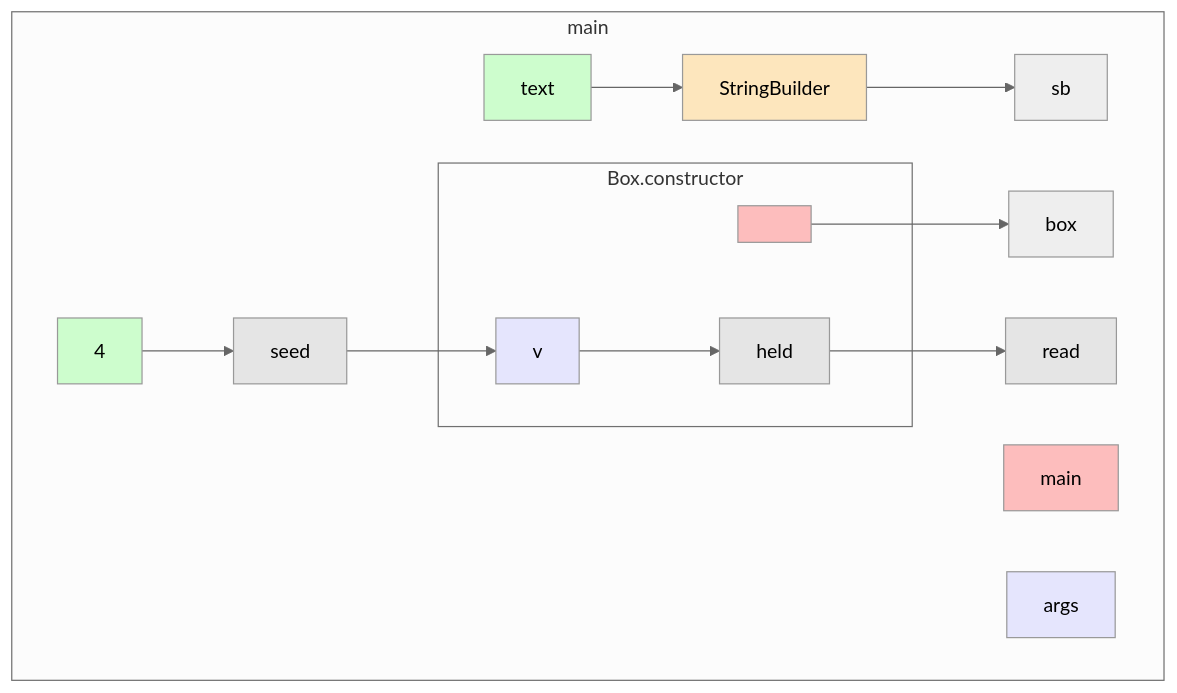
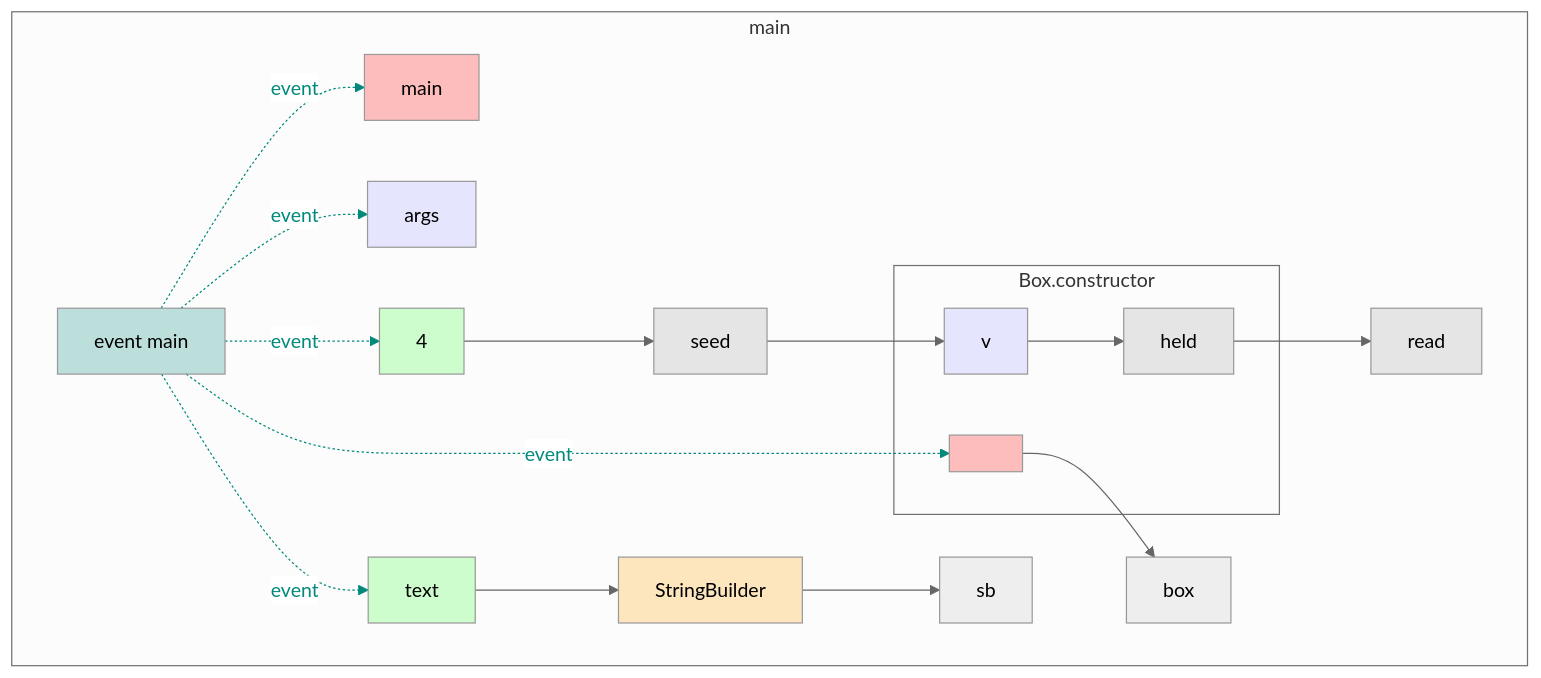
Before and after one commit to gstiebler/codeflow: the diagram in app/src/test/resources/newObject/snapshot.md, drawn with Mermaid (neutral theme). The commit also changed 77 other files, not shown here.

````diff
--- a/app/src/test/resources/newObject/snapshot.md
+++ b/app/src/test/resources/newObject/snapshot.md
@@ -1,33 +1,45 @@
 ```mermaid
 flowchart TD
   subgraph b0["main"]
-    n1[main]:::RETURN
-    n2[args]:::FUNC_PARAM
-    n3[4]:::LITERAL
-    n4[seed]:::VARIABLE
-    n9[box]:::OBJ_VARIABLE
-    n10["text"]:::LITERAL
-    n11[StringBuilder]:::EXTERNAL
-    n12[sb]:::OBJ_VARIABLE
-    n13[read]:::VARIABLE
-    n3[4]:::LITERAL --> n4[seed]:::VARIABLE
-    n4[seed]:::VARIABLE --> n7[v]:::FUNC_PARAM
-    n10["text"]:::LITERAL --> n11[StringBuilder]:::EXTERNAL
-    n11[StringBuilder]:::EXTERNAL --> n12[sb]:::OBJ_VARIABLE
-    n6[<init>]:::RETURN --> n9[box]:::OBJ_VARIABLE
-    n8[held]:::VARIABLE --> n13[read]:::VARIABLE
-    subgraph b5["Box.constructor"]
-      n6[<init>]:::RETURN
-      n7[v]:::FUNC_PARAM
-      n8[held]:::VARIABLE
-      n7[v]:::FUNC_PARAM --> n8[held]:::VARIABLE
+    n1[event main]:::EVENT
+    n2[main]:::RETURN
+    n3[args]:::FUNC_PARAM
+    n4[4]:::LITERAL
+    n5[seed]:::VARIABLE
+    n10[box]:::OBJ_VARIABLE
+    n11["text"]:::LITERAL
+    n12[StringBuilder]:::EXTERNAL
+    n13[sb]:::OBJ_VARIABLE
+    n14[read]:::VARIABLE
+    n1[event main]:::EVENT -. event .-> n2[main]:::RETURN
+    n1[event main]:::EVENT -. event .-> n3[args]:::FUNC_PARAM
+    n1[event main]:::EVENT -. event .-> n4[4]:::LITERAL
+    n1[event main]:::EVENT -. event .-> n11["text"]:::LITERAL
+    n1[event main]:::EVENT -. event .-> n7[<init>]:::RETURN
+    n4[4]:::LITERAL --> n5[seed]:::VARIABLE
+    n5[seed]:::VARIABLE --> n8[v]:::FUNC_PARAM
+    n11["text"]:::LITERAL --> n12[StringBuilder]:::EXTERNAL
+    n12[StringBuilder]:::EXTERNAL --> n13[sb]:::OBJ_VARIABLE
+    n7[<init>]:::RETURN --> n10[box]:::OBJ_VARIABLE
+    n9[held]:::VARIABLE --> n14[read]:::VARIABLE
+    subgraph b6["Box.constructor"]
+      n7[<init>]:::RETURN
+      n8[v]:::FUNC_PARAM
+      n9[held]:::VARIABLE
+      n8[v]:::FUNC_PARAM --> n9[held]:::VARIABLE
     end
   end
+  linkStyle 0 stroke:#00897b,color:#00897b
+  linkStyle 1 stroke:#00897b,color:#00897b
+  linkStyle 2 stroke:#00897b,color:#00897b
+  linkStyle 3 stroke:#00897b,color:#00897b
+  linkStyle 4 stroke:#00897b,color:#00897b
   classDef LITERAL fill:#00FF0030
   classDef VARIABLE fill:#80808030
   classDef BIN_OP fill:#80808080
   classDef FUNC_PARAM fill:#8080FF30
   classDef RETURN fill:#FF808080
   classDef EXTERNAL fill:#FFA50040
   classDef UNMODELLED fill:#FF000030,stroke-dasharray: 4 2
+  classDef EVENT fill:#00897B40
 ```
````
